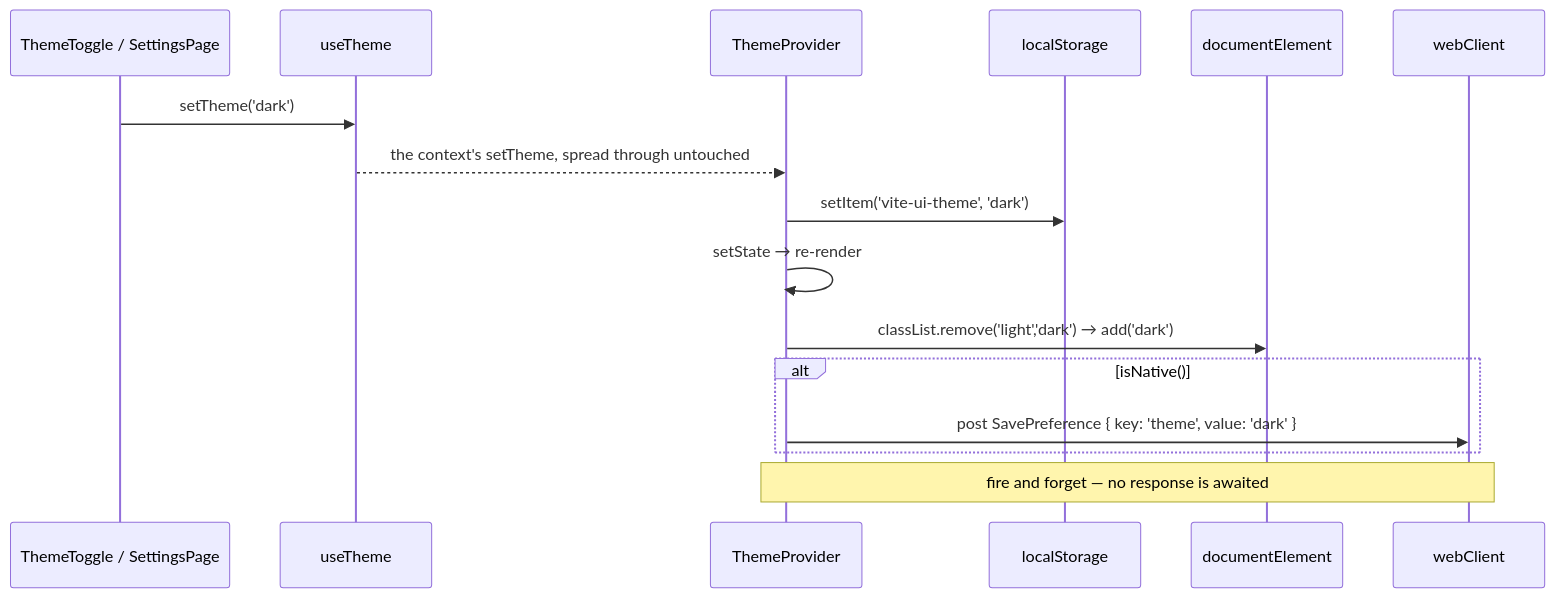
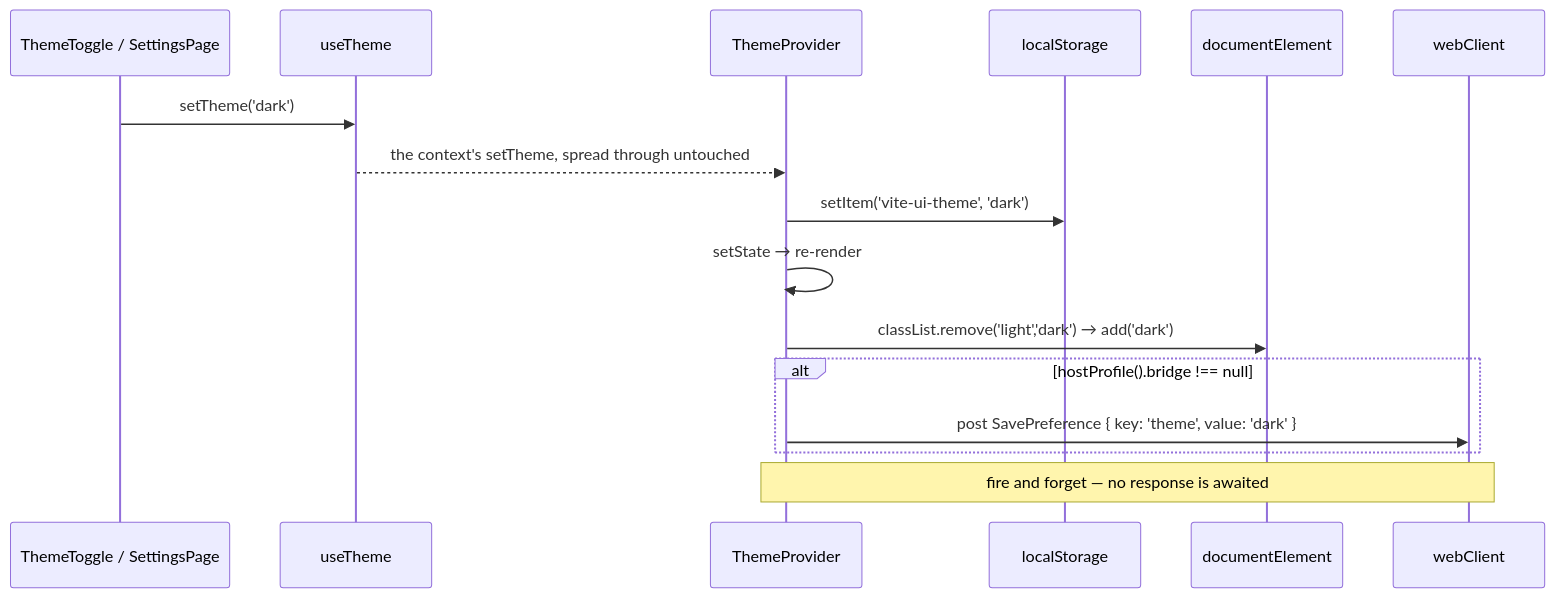
The second of 2 diagrams in libs/theme/README.md (lemoncloud-io/dou-app), drawn with Mermaid before and after one commit. The commit also changed other lines of this file and 152 other files, not shown here.

````diff
--- a/libs/theme/README.md
+++ b/libs/theme/README.md
@@ -123,19 +124,19 @@
 ```mermaid
 sequenceDiagram
     participant U as ThemeToggle / SettingsPage
     participant H as useTheme
     participant P as ThemeProvider
     participant LS as localStorage
     participant D as documentElement
     participant B as webClient
 
     U->>H: setTheme('dark')
     H-->>P: the context's setTheme, spread through untouched
     P->>LS: setItem('vite-ui-theme', 'dark')
     P->>P: setState → re-render
     P->>D: classList.remove('light','dark') → add('dark')
-    alt isNative()
+    alt hostProfile().bridge !== null
         P->>B: post SavePreference { key: 'theme', value: 'dark' }
     end
     Note over P,B: fire and forget — no response is awaited
 ```
````
